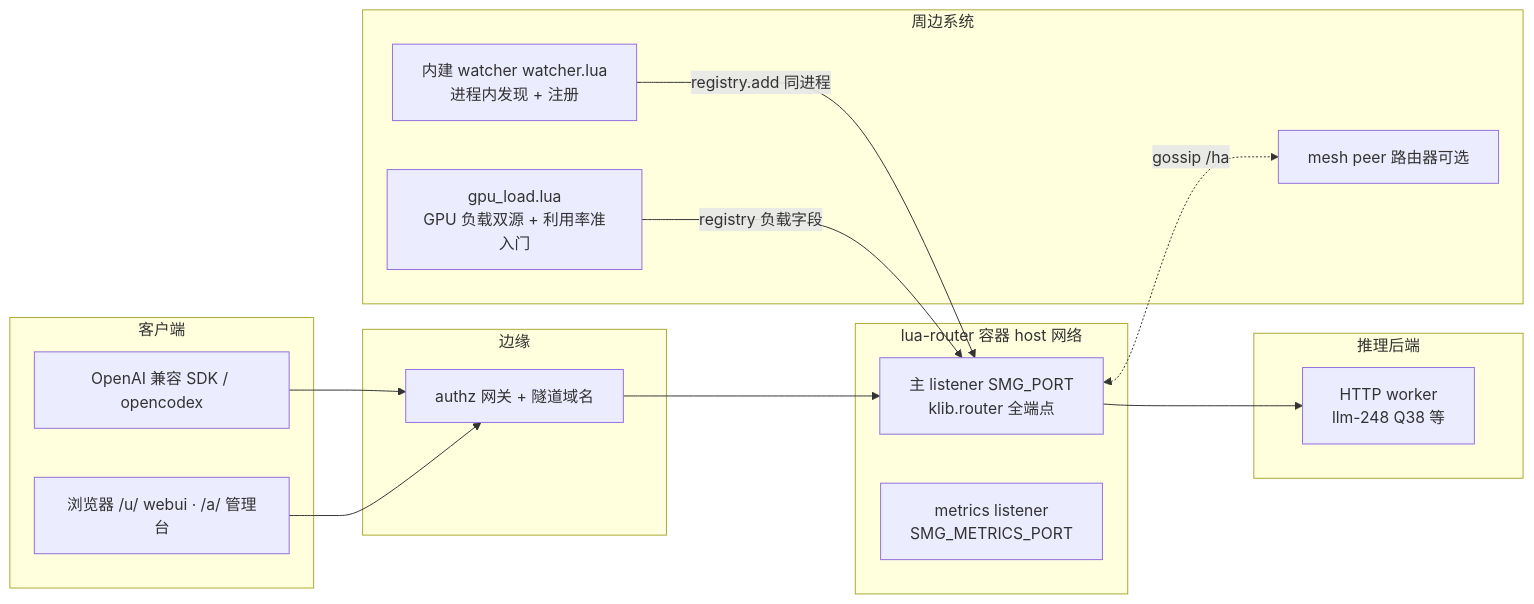
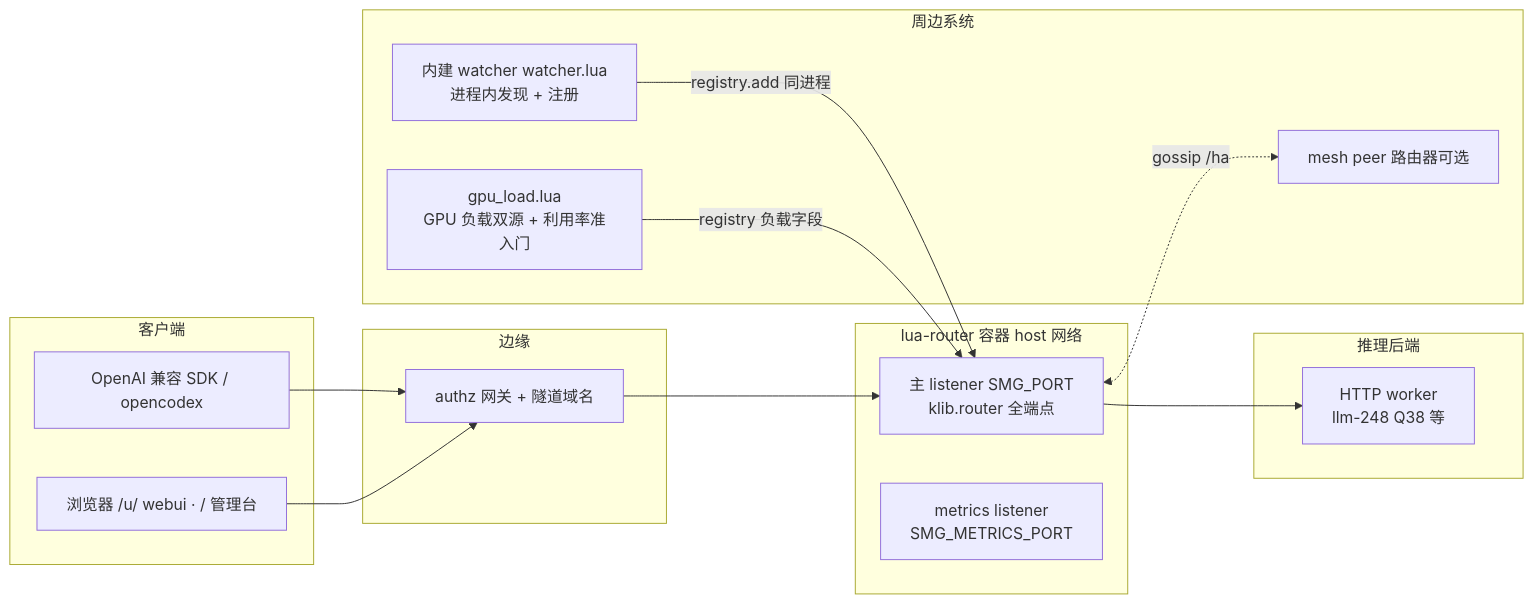
Before and after one commit to yorkane/lua-router: the first of 2 diagrams in doc/architect.md, drawn with Mermaid. The commit also changed other lines of this file and 39 other files, not shown here.

````diff
--- a/doc/architect.md
+++ b/doc/architect.md
@@ -20,28 +20,28 @@
 ```mermaid
 flowchart LR
   subgraph clients[客户端]
     C1[OpenAI 兼容 SDK / opencodex]
-    C2[浏览器 /u/ webui · /a/ 管理台]
+    C2[浏览器 /u/ webui · / 管理台]
   end
   subgraph edge[边缘]
     AZ[authz 网关 + 隧道域名]
   end
   subgraph lr[lua-router 容器 host 网络]
     MAIN[主 listener SMG_PORT<br/>klib.router 全端点]
     MET[metrics listener<br/>SMG_METRICS_PORT]
   end
   subgraph workers[推理后端]
     W1[HTTP worker<br/>llm-248 Q38 等]
   end
   subgraph sidecar[周边系统]
     IW[内建 watcher watcher.lua<br/>进程内发现 + 注册]
     GL[gpu_load.lua<br/>GPU 负载双源 + 利用率准入门]
     MP[mesh peer 路由器可选]
   end
   C1 --> AZ --> MAIN
   C2 --> AZ
   MAIN --> W1
   IW -- registry.add 同进程 --> MAIN
   GL -- registry 负载字段 --> MAIN
   MAIN <-. gossip /ha .-> MP
 ```
````
